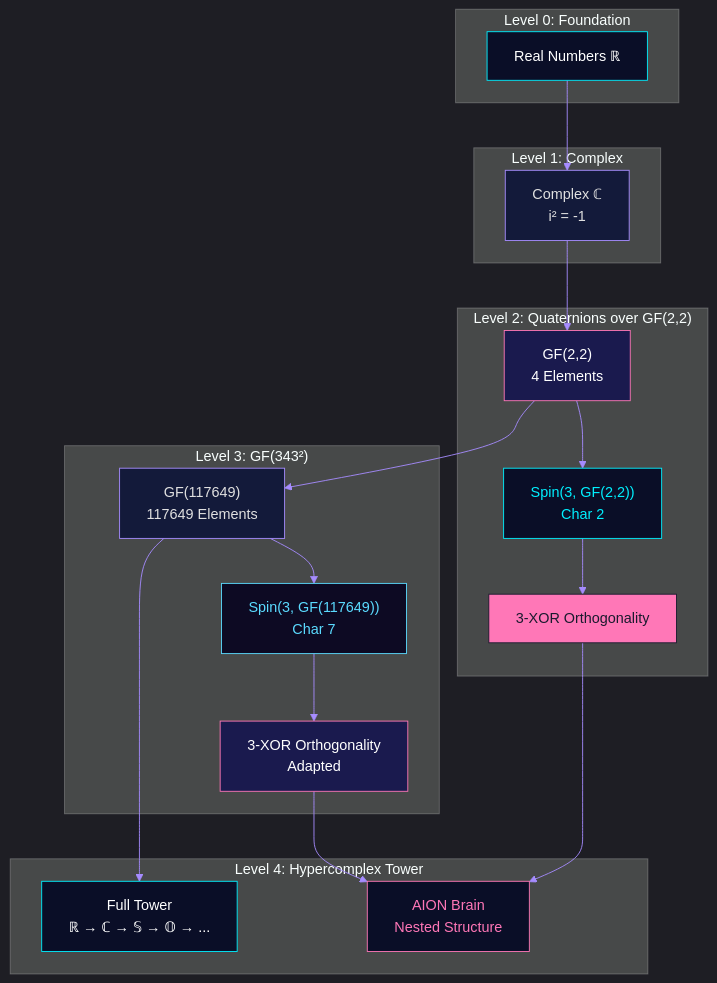
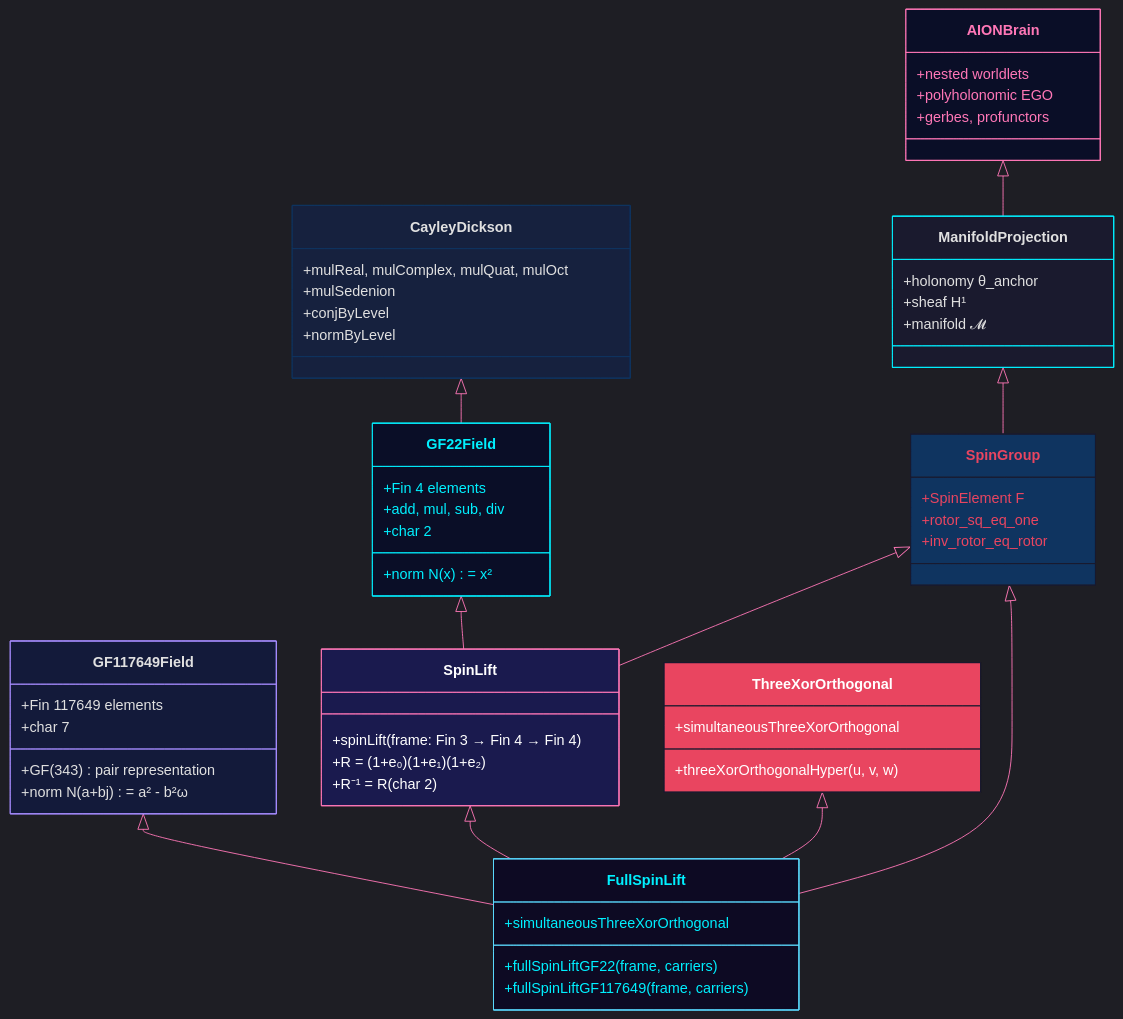
The ninth of 19 diagrams in README.md (jesusvilela/lambda-sat-solver), drawn with Mermaid before and after one commit. The commit also changed other lines of this file and 2 other files, not shown here.

First line of the commit message:
refactor: remove dead code, fix HTML structure, shorten comments

````diff
--- a/README.md
+++ b/README.md
@@ -469,45 +468,71 @@
 ```mermaid
-%%{init: {'theme': 'dark', 'themeVariables': {'primaryColor': '#00f0ff', 'primaryTextColor': '#e0e0e0', 'primaryBorderColor': '#ff77b7', 'lineColor': '#a68cff'}}}%%
-flowchart TD
-    subgraph "Level 0: Foundation"
-        ℝ["Real Numbers ℝ"]
-    end
+%%{init: {'theme': 'dark', 'themeVariables': {'primaryColor': '#00f0ff', 'primaryTextColor': '#e0e0e0', 'primaryBorderColor': '#a68cff', 'lineColor': '#ff77b7'}}}%%
+classDiagram
+    class GF22Field {
+        +Fin 4 elements
+        +add, mul, sub, div
+        +char 2
+        +norm N(x) = x²
+    }
+    class GF117649Field {
+        +Fin 117649 elements
+        +GF(343) pair representation
+        +char 7
+        +norm N(a+bj) = a² - b²ω
+    }
+    class SpinLift {
+        +spinLift(frame: Fin 3 → Fin 4 → Fin 4)
+        +R = (1+e₀)(1+e₁)(1+e₂)
+        +R⁻¹ = R (char 2)
+    }
+    class FullSpinLift {
+        +fullSpinLiftGF22(frame, carriers)
+        +fullSpinLiftGF117649(frame, carriers)
+        +simultaneousThreeXorOrthogonal
+    }
+    class ThreeXorOrthogonal {
+        +threeXorOrthogonalHyper(u, v, w)
+        +simultaneousThreeXorOrthogonal
+    }
+    class CayleyDickson {
+        +mulReal, mulComplex, mulQuat, mulOct
+        +mulSedenion
+        +conjByLevel
+        +normByLevel
+    }
+    class SpinGroup {
+        +SpinElement F
+        +rotor_sq_eq_one
+        +inv_rotor_eq_rotor
+    }
+    class ManifoldProjection {
+        +holonomy θ_anchor
+        +sheaf H¹
+        +manifold 𝓜
+    }
+    class AIONBrain {
+        +nested worldlets
+        +polyholonomic EGO
+        +gerbes, profunctors
+    }
 
-    subgraph "Level 1: Complex"
-        ℂ["Complex ℂ\ni² = -1"]
-    end
+    GF22Field <|-- SpinLift
+    GF117649Field <|-- FullSpinLift
+    SpinLift <|-- FullSpinLift
+    ThreeXorOrthogonal <|-- FullSpinLift
+    CayleyDickson <|-- GF22Field
+    SpinGroup <|-- SpinLift
+    ManifoldProjection <|-- SpinGroup
+    AIONBrain <|-- ManifoldProjection
+    SpinGroup <|-- FullSpinLift
 
-    subgraph "Level 2: Quaternions over GF(2,2)"
-        GF22["GF(2,2)\n4 Elements"]
-        SPIN22["Spin(3, GF(2,2))\nChar 2"]
-        ORTHO22["3-XOR Orthogonality"]
-    end
-
-    subgraph "Level 3: GF(343²)"
-        GF117649["GF(117649)\n117649 Elements"]
-        SPIN117649["Spin(3, GF(117649))\nChar 7"]
-        ORTHO117649["3-XOR Orthogonality\nAdapted"]
-    end
-
-    subgraph "Level 4: Hypercomplex Tower"
-        HYPER["Full Tower\nℝ → ℂ → 𝕊 → 𝕆 → ..."]
-        AION["AION Brain\nNested Structure"]
-    end
-
-    ℝ --> ℂ --> GF22 --> GF117649 --> HYPER
-    GF22 --> SPIN22 --> ORTHO22
-    GF117649 --> SPIN117649 --> ORTHO117649
-    ORTHO22 --> AION
-    ORTHO117649 --> AION
-
-    style ℝ fill:#0a0e27,stroke:#00f0ff,color:#fff
-    style ℂ fill:#131a3a,stroke:#a68cff,color:#e0e0e0
-    style GF22 fill:#1a1a4e,stroke:#ff77b7,color:#fff
-    style SPIN22 fill:#0a0e27,stroke:#00f0ff,color:#00f0ff
-    style ORTHO22 fill:#ff77b7,stroke:#1a1a2e,color:#1a1a2e
-    style GF117649 fill:#131a3a,stroke:#a68cff,color:#e0e0e0
-    style SPIN117649 fill:#0d0a23,stroke:#5bdbff,color:#5bdbff
-    style ORTHO117649 fill:#1a1a4e,stroke:#ff77b7,color:#fff
-    style HYPER fill:#0a0e27,stroke:#00f0ff,color:#fff
-    style AION fill:#0a0e27,stroke:#ff77b7,color:#ff77b7
+    style GF22Field fill:#0a0e27,stroke:#00f0ff,color:#00f0ff
+    style GF117649Field fill:#131a3a,stroke:#a68cff,color:#e0e0e0
+    style SpinLift fill:#1a1a4e,stroke:#ff77b7,color:#fff
+    style FullSpinLift fill:#0d0a23,stroke:#5bdbff,color:#00f0ff
+    style ThreeXorOrthogonal fill:#e94560,stroke:#1a1a2e,color:#fff
+    style CayleyDickson fill:#16213e,stroke:#0f3460,color:#e0e0e0
+    style SpinGroup fill:#0f3460,stroke:#1a1a2e,color:#e94560
+    style ManifoldProjection fill:#1a1a2e,stroke:#00f0ff,color:#e0e0e0
+    style AIONBrain fill:#0a0e27,stroke:#ff77b7,color:#ff77b7
 ```
````
